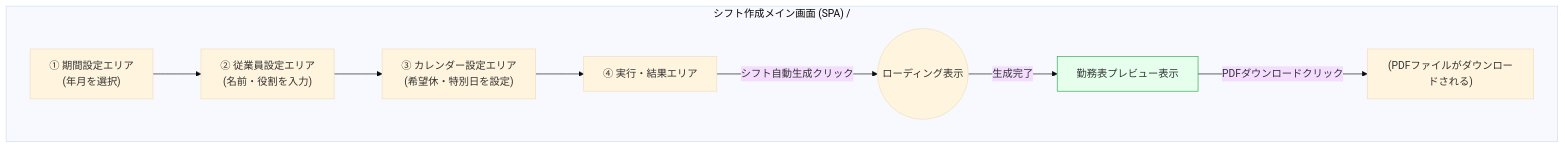
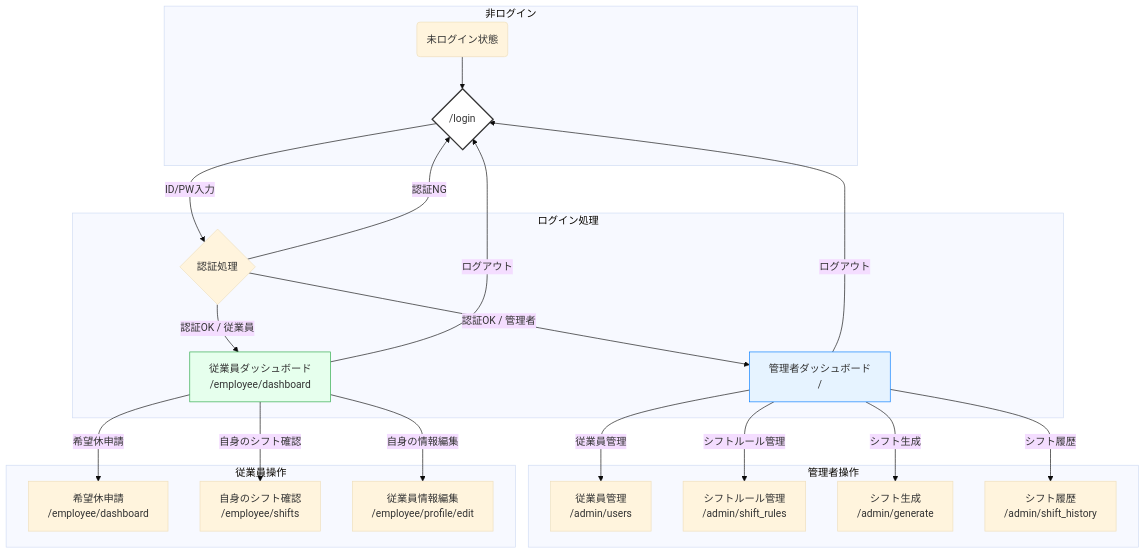
The diagram in docs/screens.md (yapitaku9/shifpita_mvp), drawn with Mermaid (base theme) before and after one commit. The commit also changed other lines of this file and 61 other files, not shown here.

````diff
--- a/docs/screens.md
+++ b/docs/screens.md
@@ -21,13 +27,32 @@
 ```mermaid
 graph TD
-    subgraph "シフト作成メイン画面 (SPA) /"
-        A["① 期間設定エリア<br/>(年月を選択)"] --> B;
-        B["② 従業員設定エリア<br/>(名前・役割を入力)"] --> C;
-        C["③ カレンダー設定エリア<br/>(希望休・特別日を設定)"] --> D;
-        D["④ 実行・結果エリア"] -- "シフト自動生成"クリック --> E((ローディング表示));
-        E -- 生成完了 --> F["勤務表プレビュー表示"];
-        F -- "PDFダウンロード"クリック --> G["(PDFファイルがダウンロードされる)"];
+    subgraph "非ログイン"
+        A(未ログイン状態) --> B{/login};
     end
 
-    style F fill:#e6ffed,stroke:#28a745
+    subgraph "ログイン処理"
+        B -- ID/PW入力 --> C{認証処理};
+        C -- 認証OK / 管理者 --> D[管理者ダッシュボード<br/>/];
+        C -- 認証OK / 従業員 --> E[従業員ダッシュボード<br/>/employee/dashboard];
+        C -- 認証NG --> B;
+    end
+
+    subgraph "管理者操作"
+        D -- 従業員管理 --> F[従業員管理<br/>/admin/users];
+        D -- シフトルール管理 --> G[シフトルール管理<br/>/admin/shift_rules];
+        D -- シフト生成 --> H[シフト生成<br/>/admin/generate];
+        D -- シフト履歴 --> I[シフト履歴<br/>/admin/shift_history];
+        D -- ログアウト --> B;
+    end
+    
+    subgraph "従業員操作"
+        E -- 希望休申請 --> J[希望休申請<br/>/employee/dashboard];
+        E -- 自身のシフト確認 --> K[自身のシフト確認<br/>/employee/shifts];
+        E -- 自身の情報編集 --> L[従業員情報編集<br/>/employee/profile/edit];
+        E -- ログアウト --> B;
+    end
+
+    style B fill:#fff,stroke:#333,stroke-width:2px
+    style D fill:#e6f3ff,stroke:#007bff
+    style E fill:#e6ffed,stroke:#28a745
 ```
````
